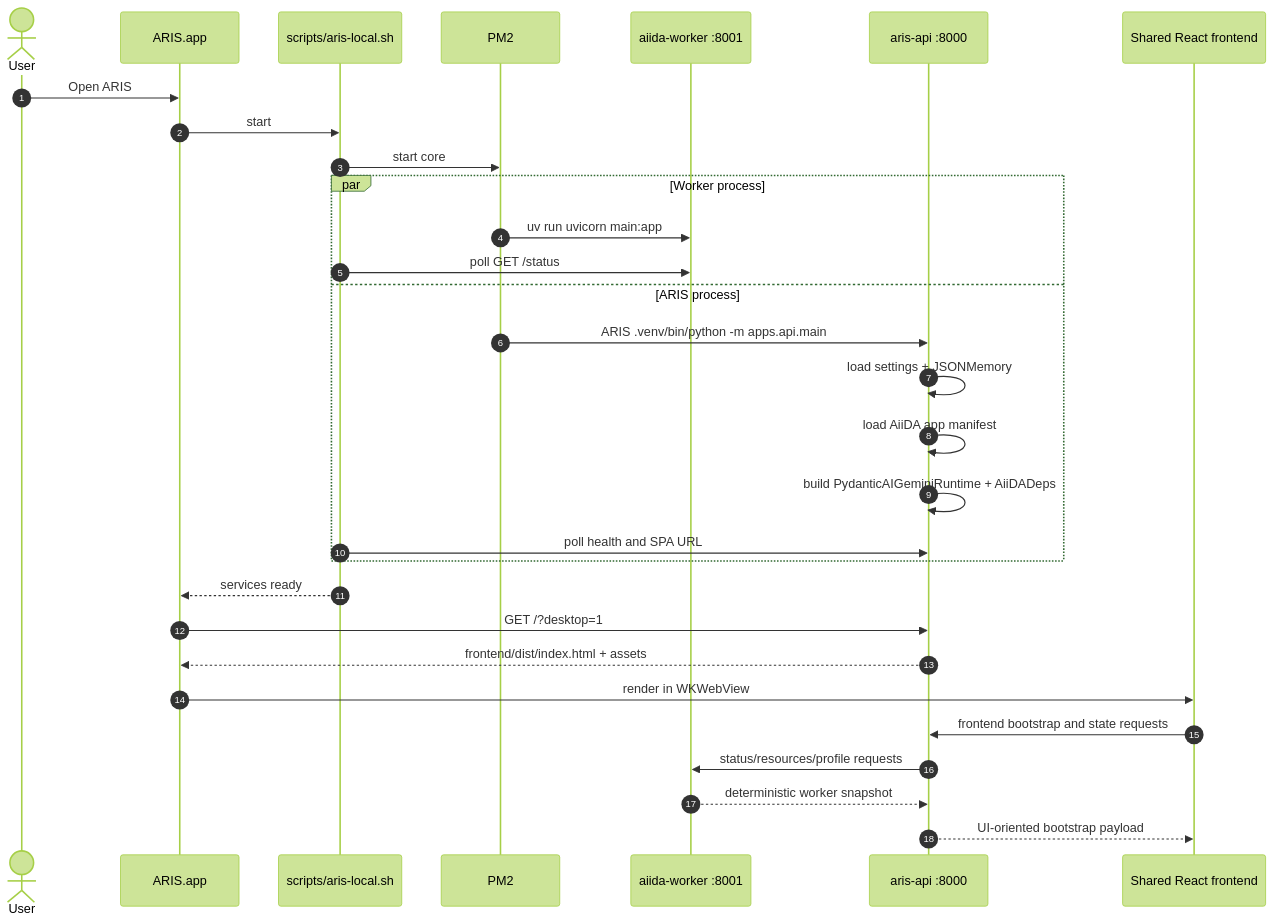
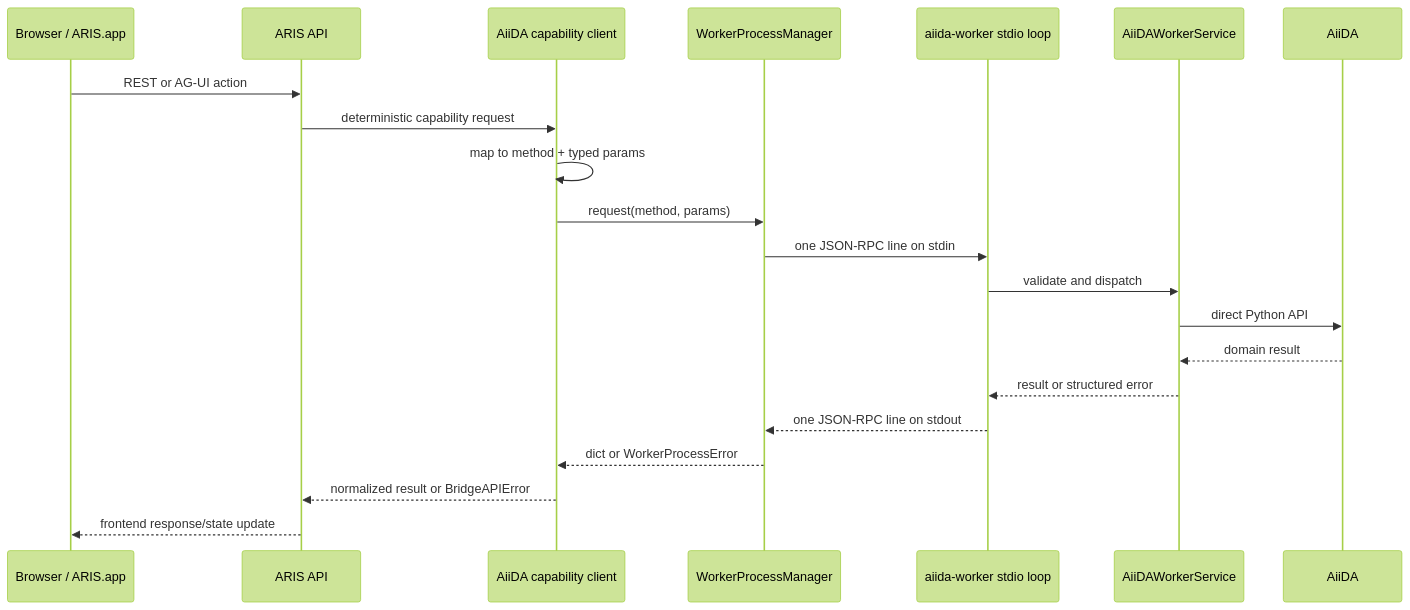
One commit to ymzhang0/aris changed the diagram in docs/architecture/ARIS_AIIDA_WORKER_INTERNAL_FLOW.md. Above: the diagram before and after it, drawn with Mermaid (forest theme). The commit also changed other lines of this file and 22 other files, not shown here.

Commit message:
refactor: manage aiida worker over stdio

````diff
--- a/docs/architecture/ARIS_AIIDA_WORKER_INTERNAL_FLOW.md
+++ b/docs/architecture/ARIS_AIIDA_WORKER_INTERNAL_FLOW.md
@@ -75,33 +26,24 @@
 ```mermaid
 sequenceDiagram
-    autonumber
-    actor User
-    participant App as ARIS.app
-    participant Launcher as scripts/aris-local.sh
-    participant PM2
-    participant Worker as aiida-worker :8001
-    participant API as aris-api :8000
-    participant Web as Shared React frontend
+    participant UI as Browser / ARIS.app
+    participant API as ARIS API
+    participant Client as AiiDA capability client
+    participant Owner as WorkerProcessManager
+    participant Worker as aiida-worker stdio loop
+    participant Service as AiiDAWorkerService
+    participant AiiDA
 
-    User->>App: Open ARIS
-    App->>Launcher: start
-    Launcher->>PM2: start core
-    par Worker process
-        PM2->>Worker: uv run uvicorn main:app
-        Launcher->>Worker: poll GET /status
-    and ARIS process
-        PM2->>API: ARIS .venv/bin/python -m apps.api.main
-        API->>API: load settings + JSONMemory
-        API->>API: load AiiDA app manifest
-        API->>API: build PydanticAIGeminiRuntime + AiiDADeps
-        Launcher->>API: poll health and SPA URL
-    end
-    Launcher-->>App: services ready
-    App->>API: GET /?desktop=1
-    API-->>App: frontend/dist/index.html + assets
-    App->>Web: render in WKWebView
-    Web->>API: frontend bootstrap and state requests
-    API->>Worker: status/resources/profile requests
-    Worker-->>API: deterministic worker snapshot
-    API-->>Web: UI-oriented bootstrap payload
+    UI->>API: REST or AG-UI action
+    API->>Client: deterministic capability request
+    Client->>Client: map to method + typed params
+    Client->>Owner: request(method, params)
+    Owner->>Worker: one JSON-RPC line on stdin
+    Worker->>Service: validate and dispatch
+    Service->>AiiDA: direct Python API
+    AiiDA-->>Service: domain result
+    Service-->>Worker: result or structured error
+    Worker-->>Owner: one JSON-RPC line on stdout
+    Owner-->>Client: dict or WorkerProcessError
+    Client-->>API: normalized result or BridgeAPIError
+    API-->>UI: frontend response/state update
 ```
````
